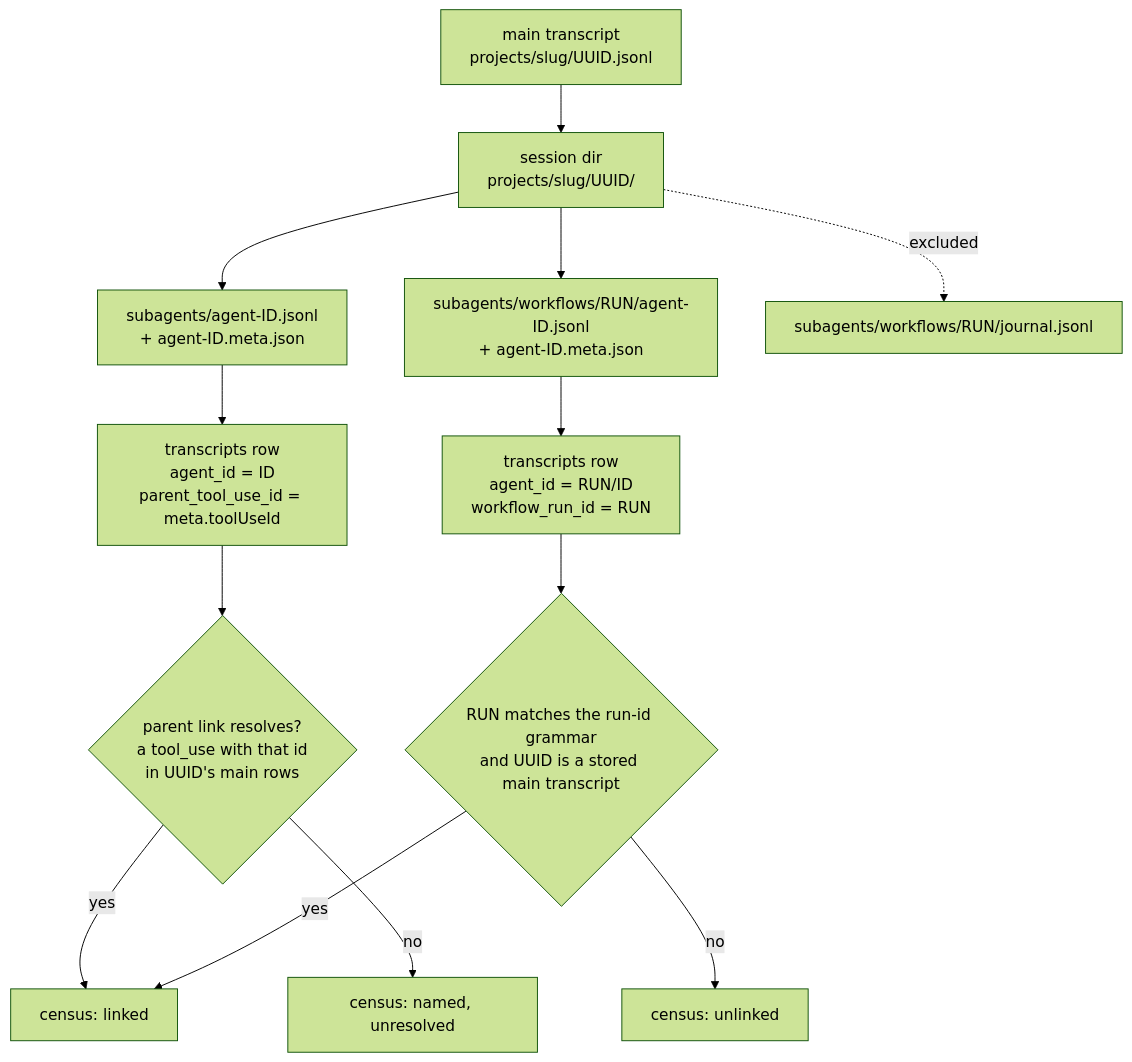
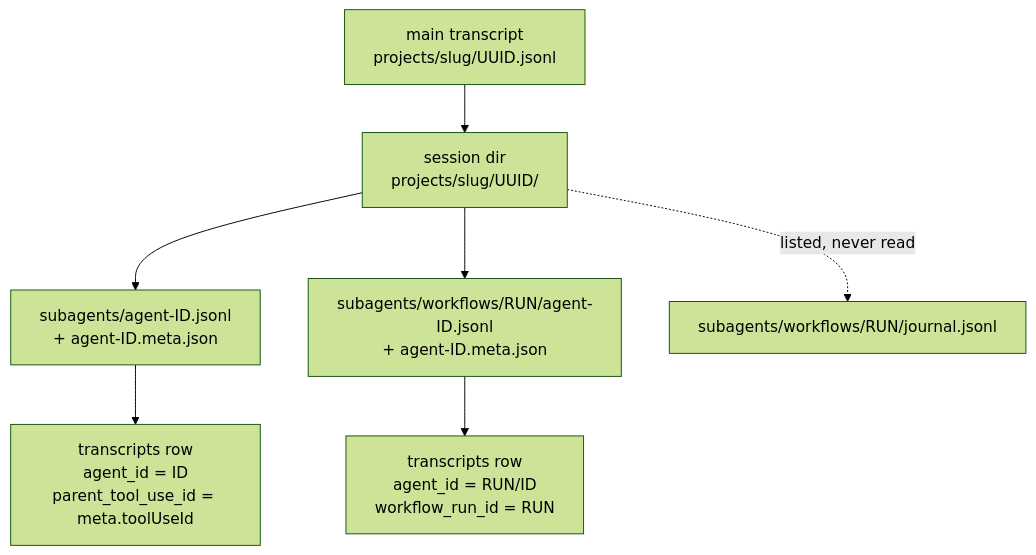
One commit to Synapsium-Labs/ccrc-pwa changed the first of 3 diagrams in docs/superpowers/specs/2026-10-29-ccrc-history-w4-subagents-touched-design.md. Above: the diagram before and after it, drawn with Mermaid (forest theme). The commit also changed other lines of this file and 1 other file, not shown here.

````diff
--- a/docs/superpowers/specs/2026-10-29-ccrc-history-w4-subagents-touched-design.md
+++ b/docs/superpowers/specs/2026-10-29-ccrc-history-w4-subagents-touched-design.md
@@ -72,15 +81,9 @@
 ```mermaid
 flowchart TD
   M["main transcript<br/>projects/slug/UUID.jsonl"] --> D["session dir<br/>projects/slug/UUID/"]
   D --> A["subagents/agent-ID.jsonl<br/>+ agent-ID.meta.json"]
   D --> W["subagents/workflows/RUN/agent-ID.jsonl<br/>+ agent-ID.meta.json"]
-  D -. excluded .-> J["subagents/workflows/RUN/journal.jsonl"]
+  D -. "listed, never read" .-> J["subagents/workflows/RUN/journal.jsonl"]
   A --> TA["transcripts row<br/>agent_id = ID<br/>parent_tool_use_id = meta.toolUseId"]
   W --> TW["transcripts row<br/>agent_id = RUN/ID<br/>workflow_run_id = RUN"]
-  TA --> L{"parent link resolves?<br/>a tool_use with that id<br/>in UUID's main rows"}
-  TW --> R{"RUN matches the run-id grammar<br/>and UUID is a stored main transcript"}
-  L -- yes --> C1["census: linked"]
-  L -- no --> C2["census: named, unresolved"]
-  R -- yes --> C1
-  R -- no --> C3["census: unlinked"]
 ```
````
